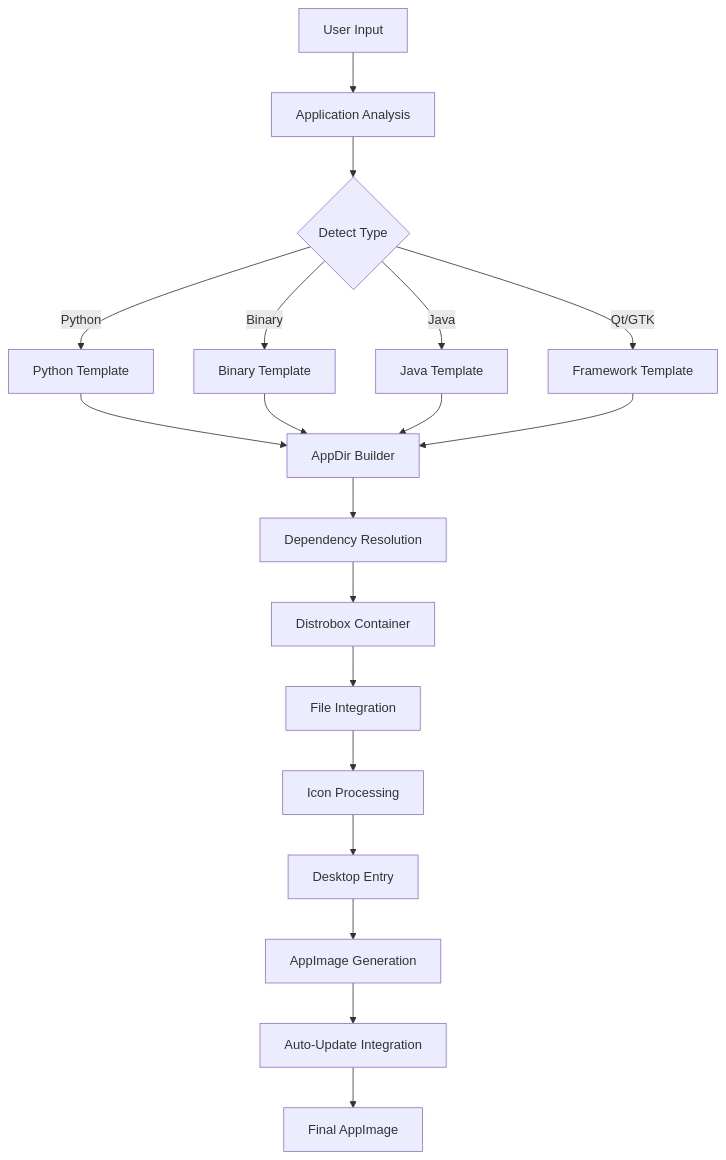
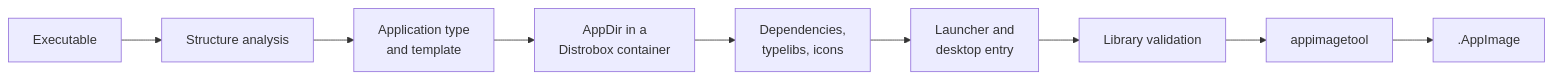
Before and after one commit to big-comm/appimage-creator: the diagram in README.md, drawn with Mermaid. The commit also changed other lines of this file and 4 other files, not shown here.

````diff
--- a/README.md
+++ b/README.md
@@ -162,21 +179,11 @@
 ```mermaid
-flowchart TB
-    A[User Input] --> B[Application Analysis]
-    B --> C{Detect Type}
-    C -->|Python| D[Python Template]
-    C -->|Binary| E[Binary Template]
-    C -->|Java| F[Java Template]
-    C -->|Qt/GTK| G[Framework Template]
-    D --> H[AppDir Builder]
-    E --> H
-    F --> H
-    G --> H
-    H --> I[Dependency Resolution]
-    I --> J[Distrobox Container]
-    J --> K[File Integration]
-    K --> L[Icon Processing]
-    L --> M[Desktop Entry]
-    M --> N[AppImage Generation]
-    N --> O[Auto-Update Integration]
-    O --> P[Final AppImage]
+flowchart LR
+    A[Executable] --> B[Structure analysis]
+    B --> C[Application type<br/>and template]
+    C --> D[AppDir in a<br/>Distrobox container]
+    D --> E[Dependencies,<br/>typelibs, icons]
+    E --> F[Launcher and<br/>desktop entry]
+    F --> G[Library validation]
+    G --> H[appimagetool]
+    H --> I[.AppImage]
 ```
````
